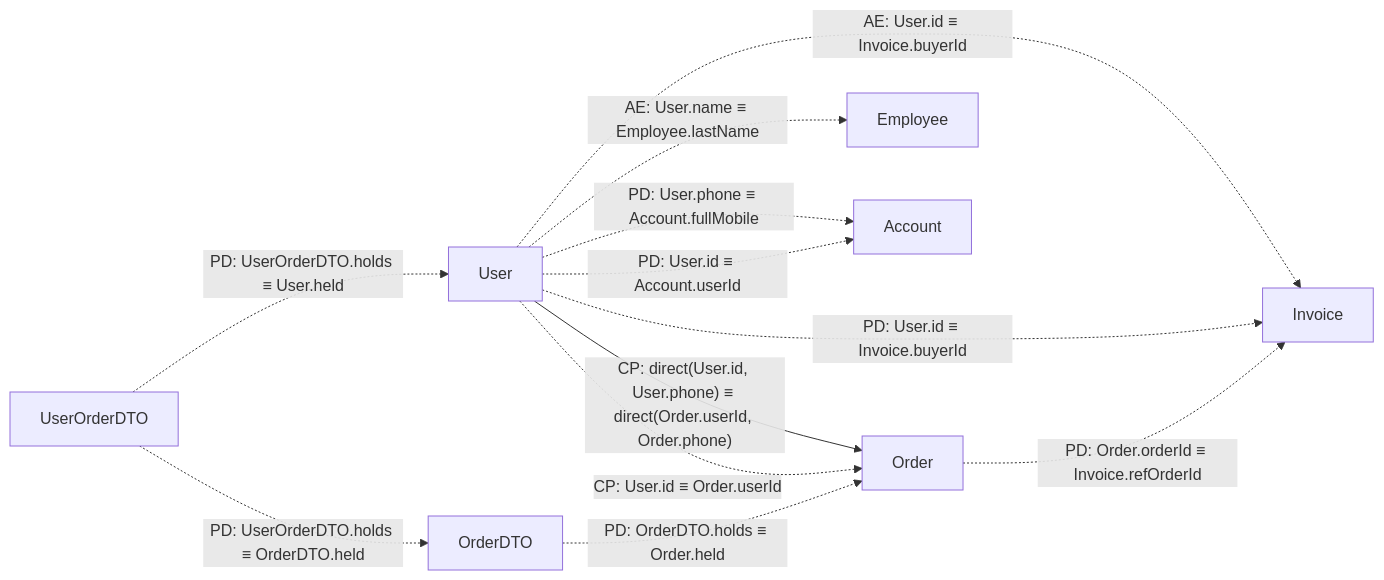
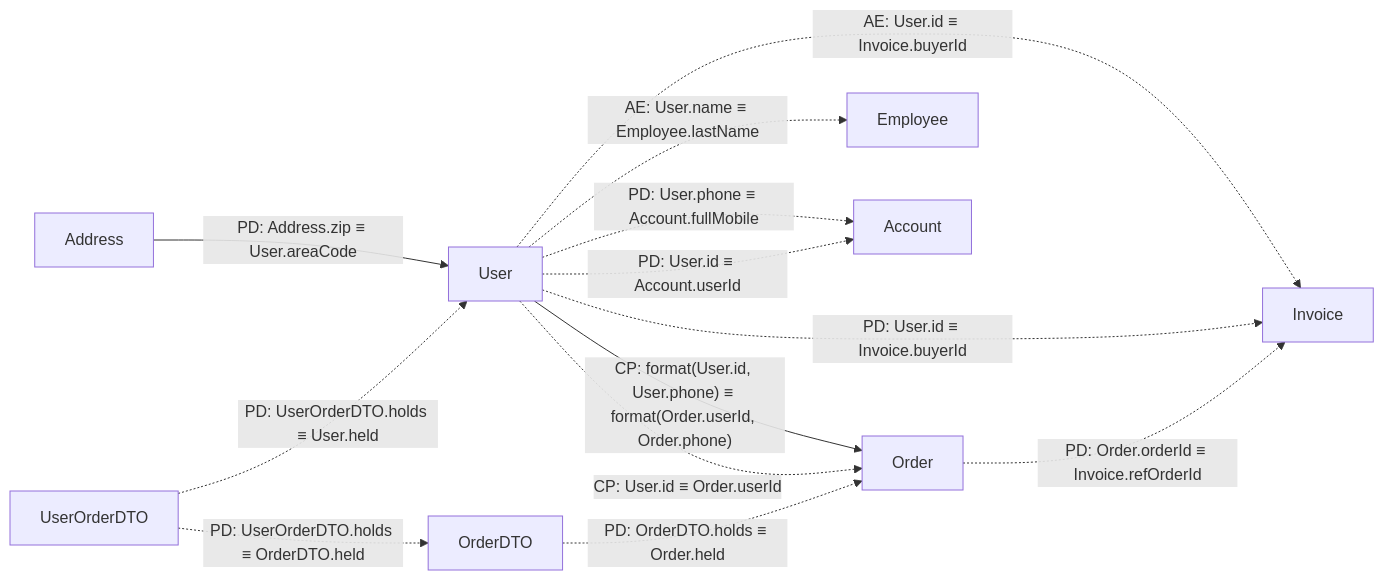
Before and after one commit to LIngcheng-zeng/classRelation: the diagram in classRelationTestCode.md, drawn with Mermaid. The commit also changed other lines of this file and 9 other files, not shown here.

````diff
--- a/classRelationTestCode.md
+++ b/classRelationTestCode.md
@@ -14,14 +14,15 @@
 ```mermaid
 flowchart LR
-    User -->|"CP: direct(User.id, User.phone) ≡ direct(Order.userId, Order.phone)"| Order
+    Address -->|"PD: Address.zip ≡ User.areaCode"| User
+    User -->|"CP: format(User.id, User.phone) ≡ format(Order.userId, Order.phone)"| Order
     User -.->|"CP: User.id ≡ Order.userId"| Order
     User -.->|"AE: User.id ≡ Invoice.buyerId"| Invoice
     User -.->|"PD: User.id ≡ Invoice.buyerId"| Invoice
     User -.->|"AE: User.name ≡ Employee.lastName"| Employee
     OrderDTO -.->|"PD: OrderDTO.holds ≡ Order.held"| Order
     UserOrderDTO -.->|"PD: UserOrderDTO.holds ≡ OrderDTO.held"| OrderDTO
     UserOrderDTO -.->|"PD: UserOrderDTO.holds ≡ User.held"| User
     User -.->|"PD: User.phone ≡ Account.fullMobile"| Account
     User -.->|"PD: User.id ≡ Account.userId"| Account
     Order -.->|"PD: Order.orderId ≡ Invoice.refOrderId"| Invoice
 ```
````
